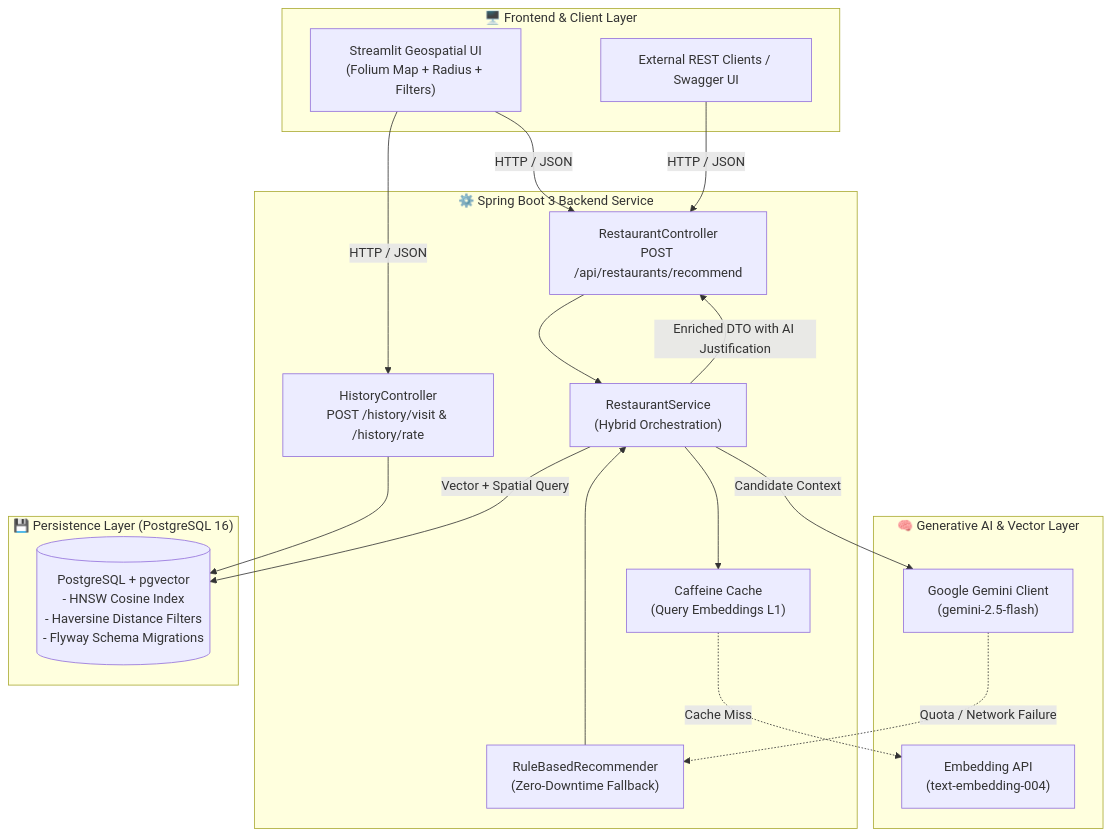
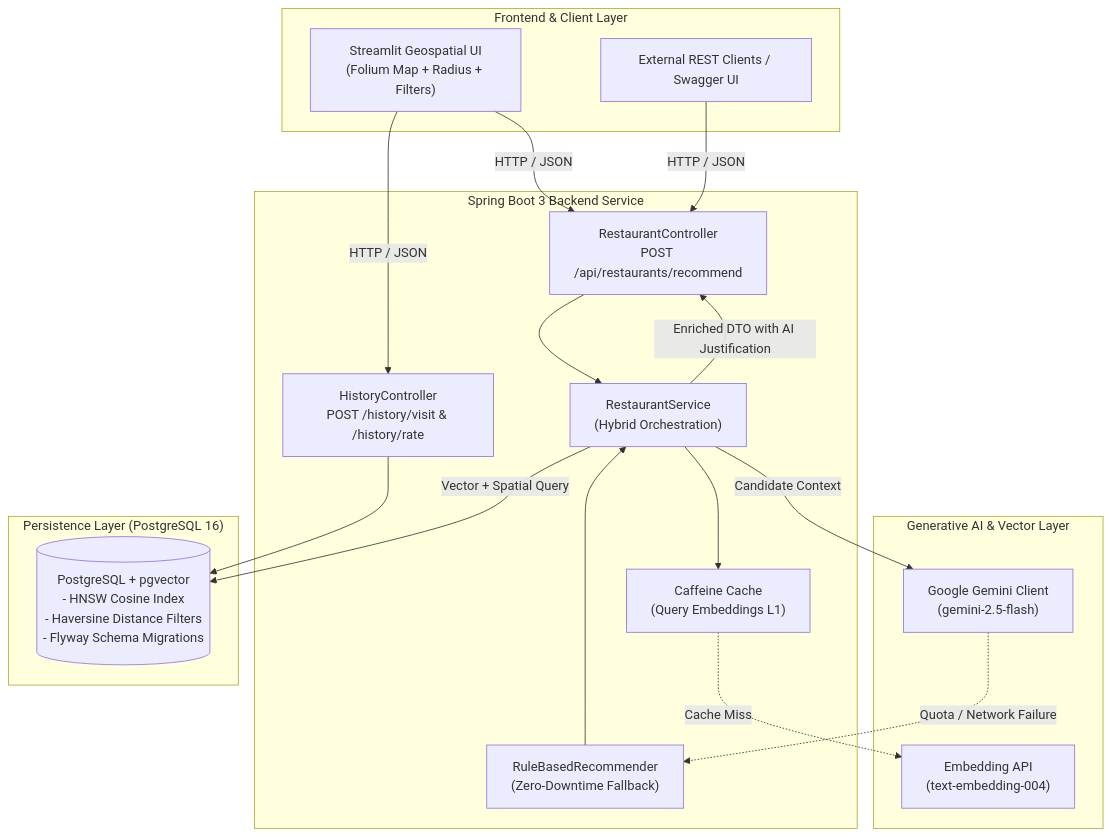
Before and after one commit to awanish5101/restaurants-recommendation: the first of 2 diagrams in README.md, drawn with Mermaid. The commit also changed other lines of this file and 8 other files, not shown here.

````diff
--- a/README.md
+++ b/README.md
@@ -33,38 +33,38 @@
 ```mermaid
 flowchart TD
-    subgraph Client["🖥️ Frontend & Client Layer"]
+    subgraph Client["Frontend & Client Layer"]
         UI["Streamlit Geospatial UI<br/>(Folium Map + Radius + Filters)"]
         Curl["External REST Clients / Swagger UI"]
     end
 
-    subgraph ServiceLayer["⚙️ Spring Boot 3 Backend Service"]
+    subgraph ServiceLayer["Spring Boot 3 Backend Service"]
         Controller["RestaurantController<br/>POST /api/restaurants/recommend"]
         History["HistoryController<br/>POST /history/visit & /history/rate"]
         Service["RestaurantService<br/>(Hybrid Orchestration)"]
         Cache["Caffeine Cache<br/>(Query Embeddings L1)"]
         Fallback["RuleBasedRecommender<br/>(Zero-Downtime Fallback)"]
     end
 
-    subgraph AI["🧠 Generative AI & Vector Layer"]
+    subgraph AI["Generative AI & Vector Layer"]
         Gemini["Google Gemini Client<br/>(gemini-2.5-flash)"]
         Embeddings["Embedding API<br/>(text-embedding-004)"]
     end
 
-    subgraph Data["💾 Persistence Layer (PostgreSQL 16)"]
+    subgraph Data["Persistence Layer (PostgreSQL 16)"]
         DB[("PostgreSQL + pgvector<br/>- HNSW Cosine Index<br/>- Haversine Distance Filters<br/>- Flyway Schema Migrations")]
     end
 
     UI -->|"HTTP / JSON"| Controller
     Curl -->|"HTTP / JSON"| Controller
     UI -->|"HTTP / JSON"| History
     Controller --> Service
     History --> DB
 
     Service --> Cache
     Cache -.->|"Cache Miss"| Embeddings
     Service -->|"Vector + Spatial Query"| DB
     Service -->|"Candidate Context"| Gemini
     Gemini -.->|"Quota / Network Failure"| Fallback
     Fallback --> Service
     Service -->|"Enriched DTO with AI Justification"| Controller
 ```
````
